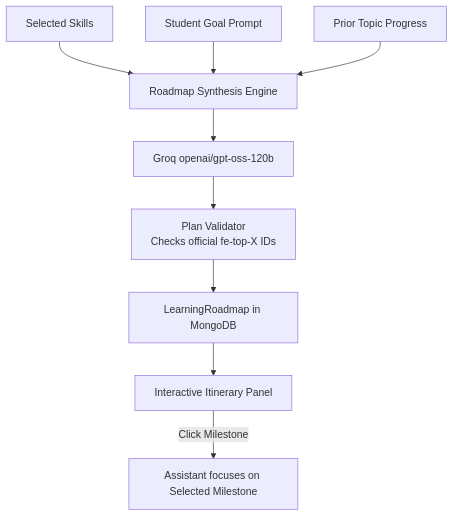
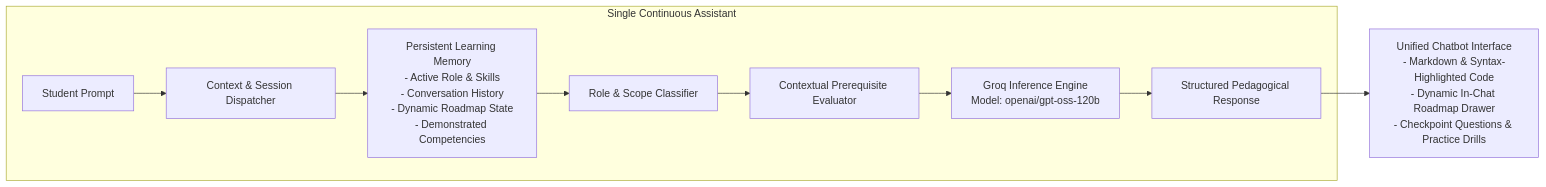
One commit to Triptidhawann/Career-Launch changed the second of 7 diagrams in docs/CAREERLAUNCH_NEW_PRODUCT_ARCHITECTURE_BLUEPRINT.md. Above: the diagram before and after it, drawn with Mermaid. The commit also changed other lines of this file, not shown here.

Commit message:
docs(architecture): align blueprint with final product spec: one continuous assistant, simplified skill selection, and prerequisite intelligence

````diff
--- a/docs/CAREERLAUNCH_NEW_PRODUCT_ARCHITECTURE_BLUEPRINT.md
+++ b/docs/CAREERLAUNCH_NEW_PRODUCT_ARCHITECTURE_BLUEPRINT.md
@@ -229,9 +134,12 @@
 ```mermaid
-flowchart TD
-    Skills[Selected Skills] & Goal[Student Goal Prompt] & History[Prior Topic Progress] --> Synth[Roadmap Synthesis Engine]
-    Synth --> Groq[Groq openai/gpt-oss-120b]
-    Groq --> Validate[Plan Validator<br>Checks official fe-top-X IDs]
-    Validate --> Persist[LearningRoadmap in MongoDB]
-    Persist --> UI[Interactive Itinerary Panel]
-    UI -->|Click Milestone| Chat[Assistant focuses on Selected Milestone]
+flowchart LR
+    subgraph Single Continuous Assistant
+        Student[Student Prompt] --> Dispatcher[Context & Session Dispatcher]
+        Dispatcher --> Memory[Persistent Learning Memory<br>- Active Role & Skills<br>- Conversation History<br>- Dynamic Roadmap State<br>- Demonstrated Competencies]
+        Memory --> IntentGuard[Role & Scope Classifier]
+        IntentGuard --> PrereqCheck[Contextual Prerequisite Evaluator]
+        PrereqCheck --> GroqLLM[Groq Inference Engine<br>Model: openai/gpt-oss-120b]
+        GroqLLM --> Output[Structured Pedagogical Response]
+    end
+    Output --> UI[Unified Chatbot Interface<br>- Markdown & Syntax-Highlighted Code<br>- Dynamic In-Chat Roadmap Drawer<br>- Checkpoint Questions & Practice Drills]
 ```
````
